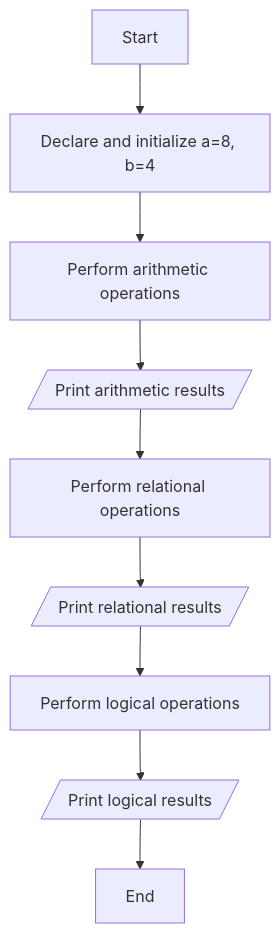
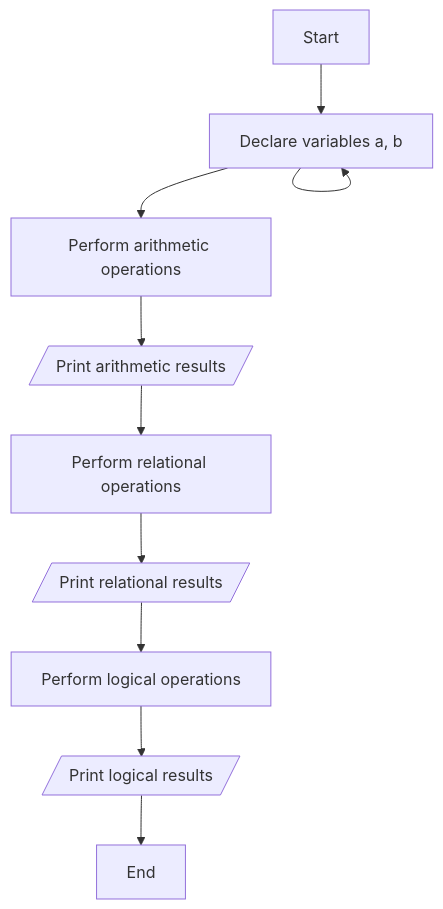
The diagram in P2 - Arithmetic, Relational and Logical Operators.md (Vinit-source/Programming-for-problem-solving), drawn with Mermaid before and after one commit. The commit also changed other lines of this file, not shown here.

````diff
--- a/P2 - Arithmetic, Relational and Logical Operators.md
+++ b/P2 - Arithmetic, Relational and Logical Operators.md
@@ -28,11 +28,12 @@
 ```mermaid
 graph TD;
-    A[Start] --> B[Declare and initialize a=8, b=4];
+    A[Start] --> B[Declare variables a, b];
+    B-->
     B --> C[Perform arithmetic operations];
     C --> D[/Print arithmetic results/];
     D --> E[Perform relational operations];
     E --> F[/Print relational results/];
     F --> G[Perform logical operations];
     G --> H[/Print logical results/];
     H --> I[End];
 ```
````
